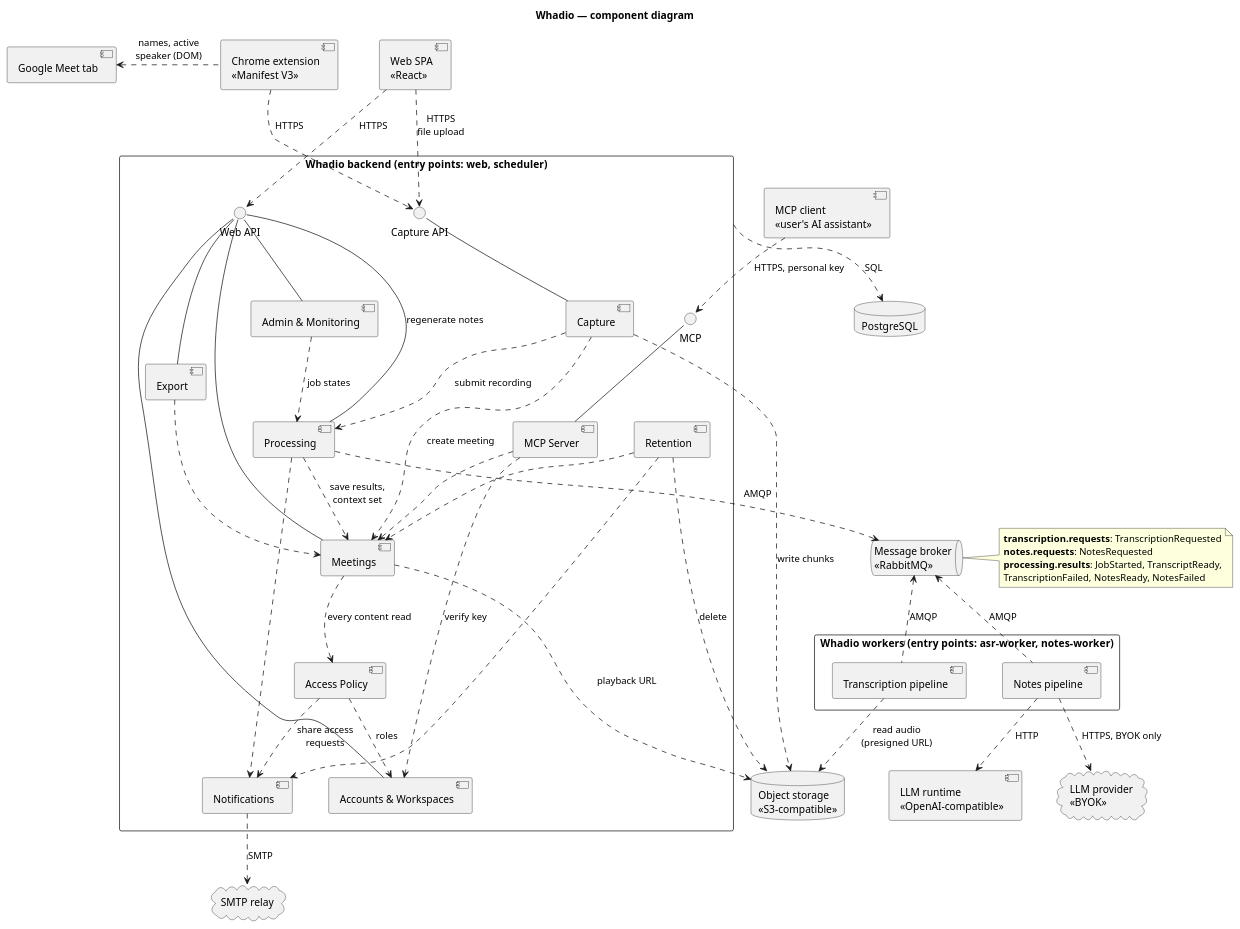
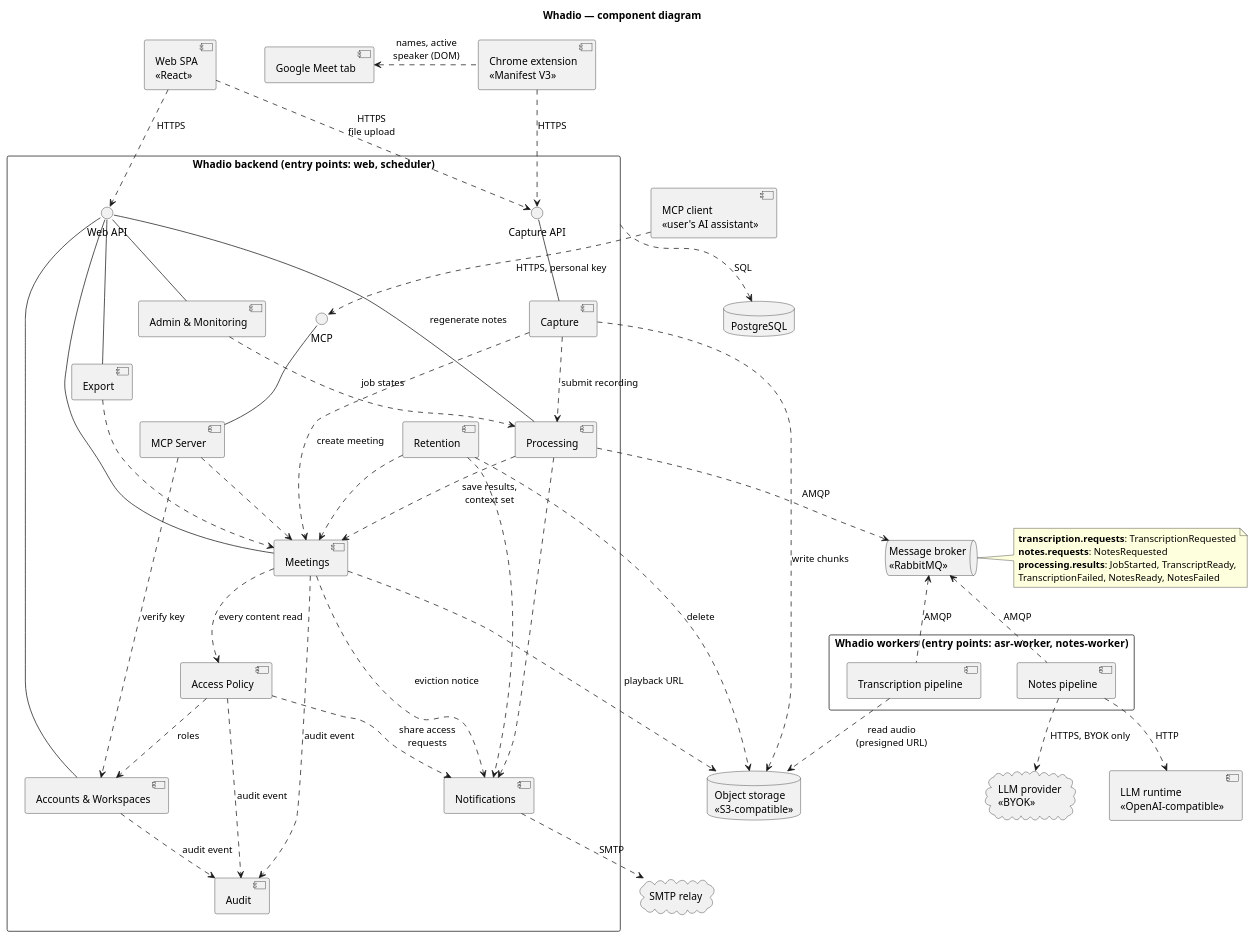
Before and after one commit to ukma-fin-ssdm-2026/Whadio: the diagram in docs/architecture/uml/component-diagram.puml, drawn with PlantUML. The commit also changed 10 other files, not shown here.

Commit message:
docs(#27): add the Audit module and assign the meeting cap to Meetings

```diff
--- a/docs/architecture/uml/component-diagram.puml
+++ b/docs/architecture/uml/component-diagram.puml
@@ -1,98 +1,105 @@
 @startuml component-diagram
 title Whadio — component diagram
 
 skinparam componentStyle uml2
 skinparam packageStyle rectangle
 skinparam nodesep 50
 skinparam ranksep 60
 
 component "Chrome extension\n<<Manifest V3>>" as ext
 component "Google Meet tab" as meet
 component "Web SPA\n<<React>>" as spa
 component "MCP client\n<<user's AI assistant>>" as mcpClient
 
 package "Whadio backend  (entry points: web, scheduler)" as backend {
   () "Capture API" as ICapture
   () "Web API" as IWeb
   () "MCP" as IMcp
 
   component "Capture" as capture
   component "MCP Server" as mcp
 
   component "Processing" as processing
   component "Admin & Monitoring" as admin
   component "Export" as export
   component "Retention" as retention
 
   component "Meetings" as meetings
   component "Notifications" as notifications
 
   component "Access Policy" as access
   component "Accounts & Workspaces" as accounts
+  component "Audit" as audit
 }
 
 queue "Message broker\n<<RabbitMQ>>" as mq
 
 package "Whadio workers  (entry points: asr-worker, notes-worker)" as workers {
   component "Transcription pipeline" as asr
   component "Notes pipeline" as notes
 }
 
 database "PostgreSQL" as db
 database "Object storage\n<<S3-compatible>>" as store
 component "LLM runtime\n<<OpenAI-compatible>>" as llm
 cloud "LLM provider\n<<BYOK>>" as provider
 cloud "SMTP relay" as smtp
 
 note right of mq
   <b>transcription.requests</b>: TranscriptionRequested
   <b>notes.requests</b>: NotesRequested
   <b>processing.results</b>: JobStarted, TranscriptReady,
   TranscriptionFailed, NotesReady, NotesFailed
 end note
 
 ' --- Clients and the provided interfaces ---
 ext .left.> meet : names, active\nspeaker (DOM)
 ext ..> ICapture : HTTPS
 spa ..> IWeb : HTTPS
 spa ..> ICapture : HTTPS\nfile upload
 mcpClient ..> IMcp : HTTPS, personal key
 
 ICapture -- capture
 IWeb -- accounts
 IWeb -- meetings
 IWeb -- processing : regenerate notes
 IWeb -- export
 IWeb -- admin
 IMcp -- mcp
 
 ' --- In-process dependencies inside the backend ---
 capture ..> processing : submit recording
 capture ..> meetings : create meeting
 mcp ..> meetings
 mcp ..> accounts : verify key
 admin ..> processing : job states
 export ..> meetings
 processing ..> meetings : save results,\ncontext set
 processing ..> notifications
 retention ..> meetings
 retention ..> notifications
 access ..> notifications : share access\nrequests
 meetings ..> access : every content read
 access ..> accounts : roles
+meetings ..> notifications : eviction notice
+
+' --- Audit events, written in the transaction of each change ---
+meetings ..> audit : audit event
+access ..> audit : audit event
+accounts ..> audit : audit event
 
 ' --- Backend <-> workers, only through the broker ---
 processing ..> mq : AMQP
 mq <.. asr : AMQP
 mq <.. notes : AMQP
 
 ' --- Infrastructure ---
 backend ..> db : SQL
 capture ..> store : write chunks
 meetings ..> store : playback URL
 retention ..> store : delete
 notifications ..> smtp : SMTP
 asr ..> store : read audio\n(presigned URL)
 notes ..> llm : HTTP
 notes ..> provider : HTTPS, BYOK only
 @enduml
```
